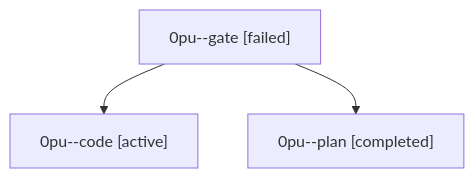
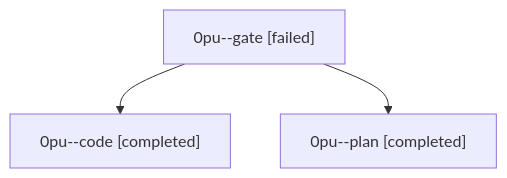
Before and after one commit to bobs-org/bob-cli--agents: the diagram in sessions/bbugyi200.athena.0pu.md, drawn with Mermaid. The commit also changed other lines of this file and 6 other files, not shown here.

````diff
--- a/sessions/bbugyi200.athena.0pu.md
+++ b/sessions/bbugyi200.athena.0pu.md
@@ -9,8 +9,8 @@
 ```mermaid
 flowchart TD
   n0["0pu--gate [failed]"]
-  n1["0pu--code [active]"]
+  n1["0pu--code [completed]"]
   n0 --> n1
   n2["0pu--plan [completed]"]
   n0 --> n2
 ```
````
